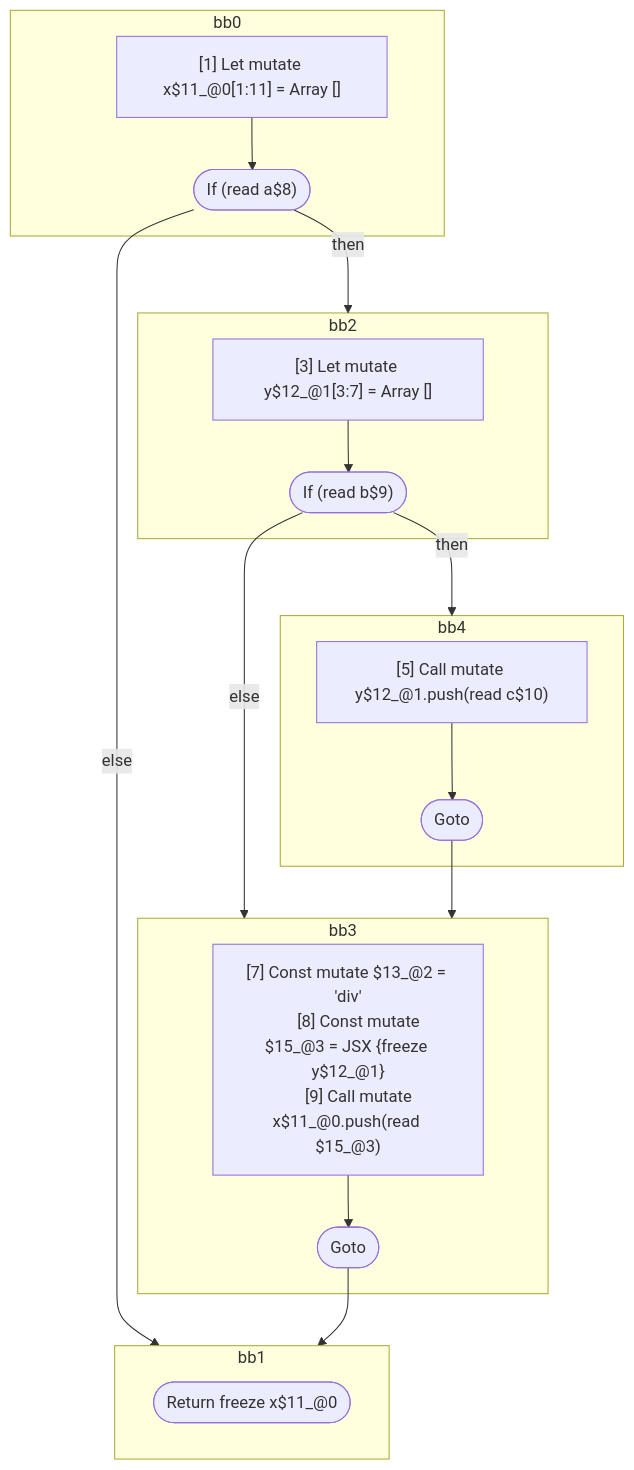
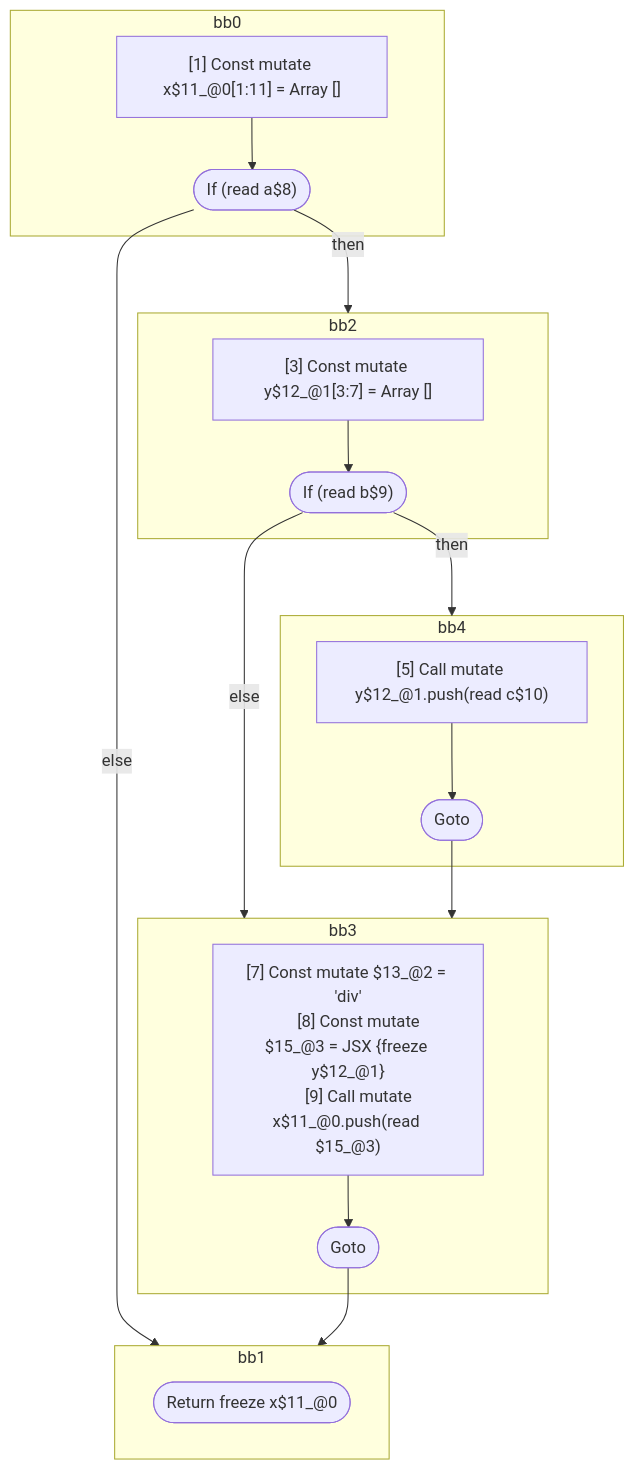
One commit to wutsmog/private changed the diagram in compiler/forget/src/__tests__/fixtures/hir/overlapping-scopes-shadowing-within-block.expect.md. Above: the diagram before and after it, drawn with Mermaid. The commit also changed other lines of this file and 61 other files, not shown here.

````diff
--- a/compiler/forget/src/__tests__/fixtures/hir/overlapping-scopes-shadowing-within-block.expect.md
+++ b/compiler/forget/src/__tests__/fixtures/hir/overlapping-scopes-shadowing-within-block.expect.md
@@ -55,42 +55,42 @@
 ```mermaid
 flowchart TB
   %% Basic Blocks
   subgraph bb0
     bb0_instrs["
-      [1] Let mutate x$11_@0[1:11] = Array []
+      [1] Const mutate x$11_@0[1:11] = Array []
     "]
     bb0_instrs --> bb0_terminal(["If (read a$8)"])
   end
   subgraph bb2
     bb2_instrs["
-      [3] Let mutate y$12_@1[3:7] = Array []
+      [3] Const mutate y$12_@1[3:7] = Array []
     "]
     bb2_instrs --> bb2_terminal(["If (read b$9)"])
   end
   subgraph bb4
     bb4_instrs["
       [5] Call mutate y$12_@1.push(read c$10)
     "]
     bb4_instrs --> bb4_terminal(["Goto"])
   end
   subgraph bb3
     bb3_instrs["
       [7] Const mutate $13_@2 = 'div'
       [8] Const mutate $15_@3 = JSX <read $13_@2>{freeze y$12_@1}</read $13_@2>
       [9] Call mutate x$11_@0.push(read $15_@3)
     "]
     bb3_instrs --> bb3_terminal(["Goto"])
   end
   subgraph bb1
     bb1_terminal(["Return freeze x$11_@0"])
   end
 
   %% Jumps
   bb0_terminal -- "then" --> bb2
   bb0_terminal -- "else" --> bb1
   bb2_terminal -- "then" --> bb4
   bb2_terminal -- "else" --> bb3
   bb4_terminal --> bb3
   bb3_terminal --> bb1
 
 ```
````
